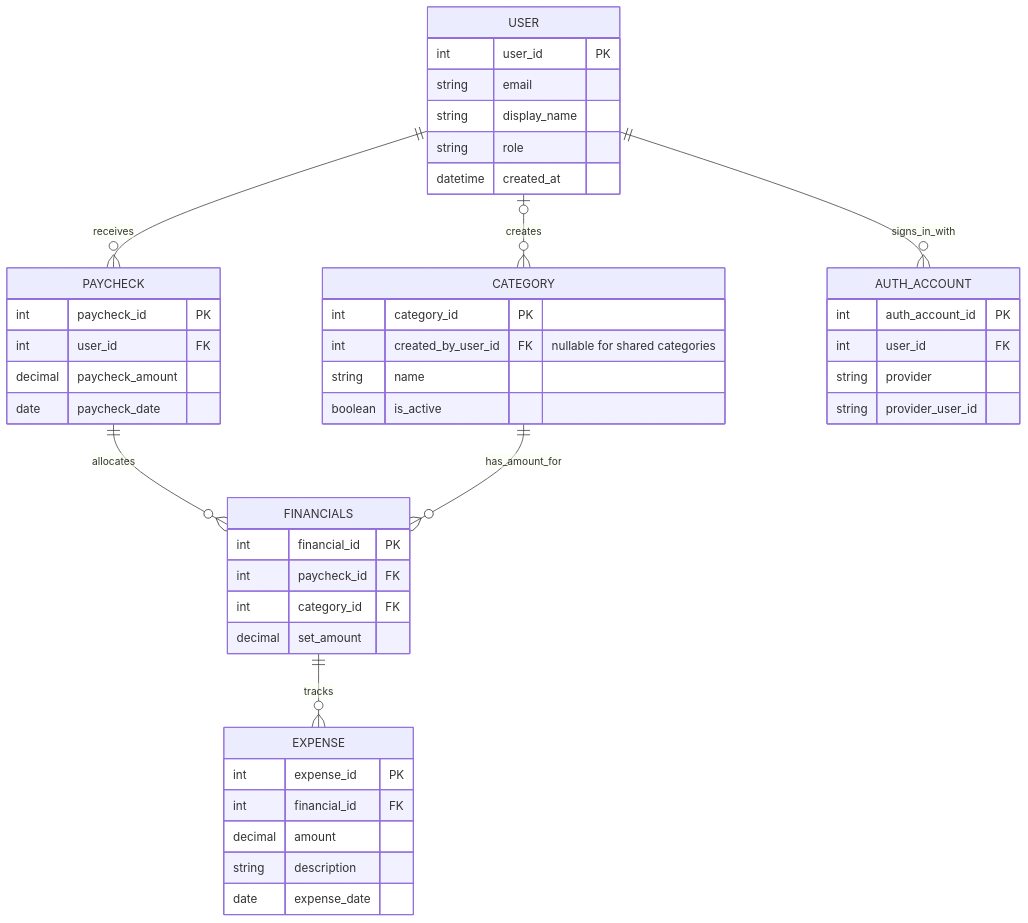
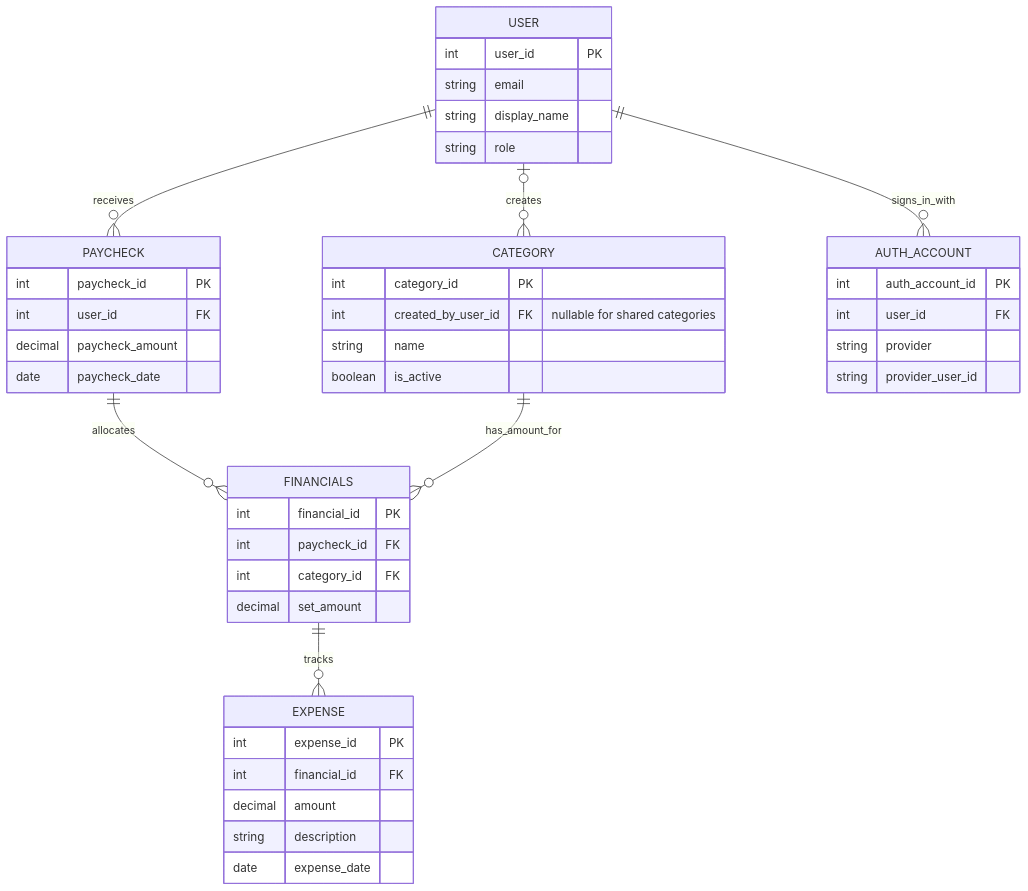
Before and after one commit to project3Group4/budgetTracker: the diagram in docs/erd.md, drawn with Mermaid.

Commit message:
Remove 'created_at' field from USER entity
Removed 'created_at' field from USER entity in ERD.

````diff
--- a/docs/erd.md
+++ b/docs/erd.md
@@ -3,53 +3,52 @@
 ```mermaid
 erDiagram
     USER ||--o{ PAYCHECK : receives
     PAYCHECK ||--o{ FINANCIALS : allocates
     CATEGORY ||--o{ FINANCIALS : has_amount_for
     FINANCIALS ||--o{ EXPENSE : tracks
     USER ||--o{ AUTH_ACCOUNT : signs_in_with
     USER o|--o{ CATEGORY : creates
 
     USER {
         int user_id PK
         string email
         string display_name
         string role
-        datetime created_at
     }
 
     PAYCHECK {
         int paycheck_id PK
         int user_id FK
         decimal paycheck_amount
         date paycheck_date
     }
 
     FINANCIALS {
         int financial_id PK
         int paycheck_id FK
         int category_id FK
         decimal set_amount
     }
 
     CATEGORY {
         int category_id PK
         int created_by_user_id FK "nullable for shared categories"
         string name
         boolean is_active
     }
 
     EXPENSE {
         int expense_id PK
         int financial_id FK
         decimal amount
         string description
         date expense_date
     }
 
     AUTH_ACCOUNT {
         int auth_account_id PK
         int user_id FK
         string provider
         string provider_user_id
     }
 ```
````
